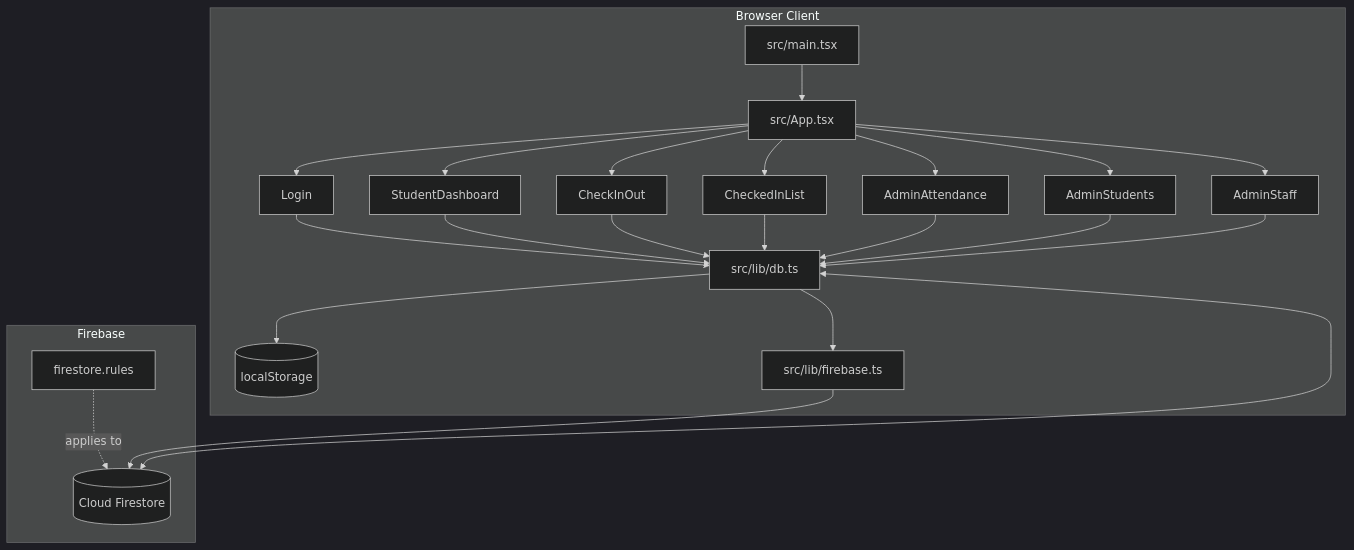
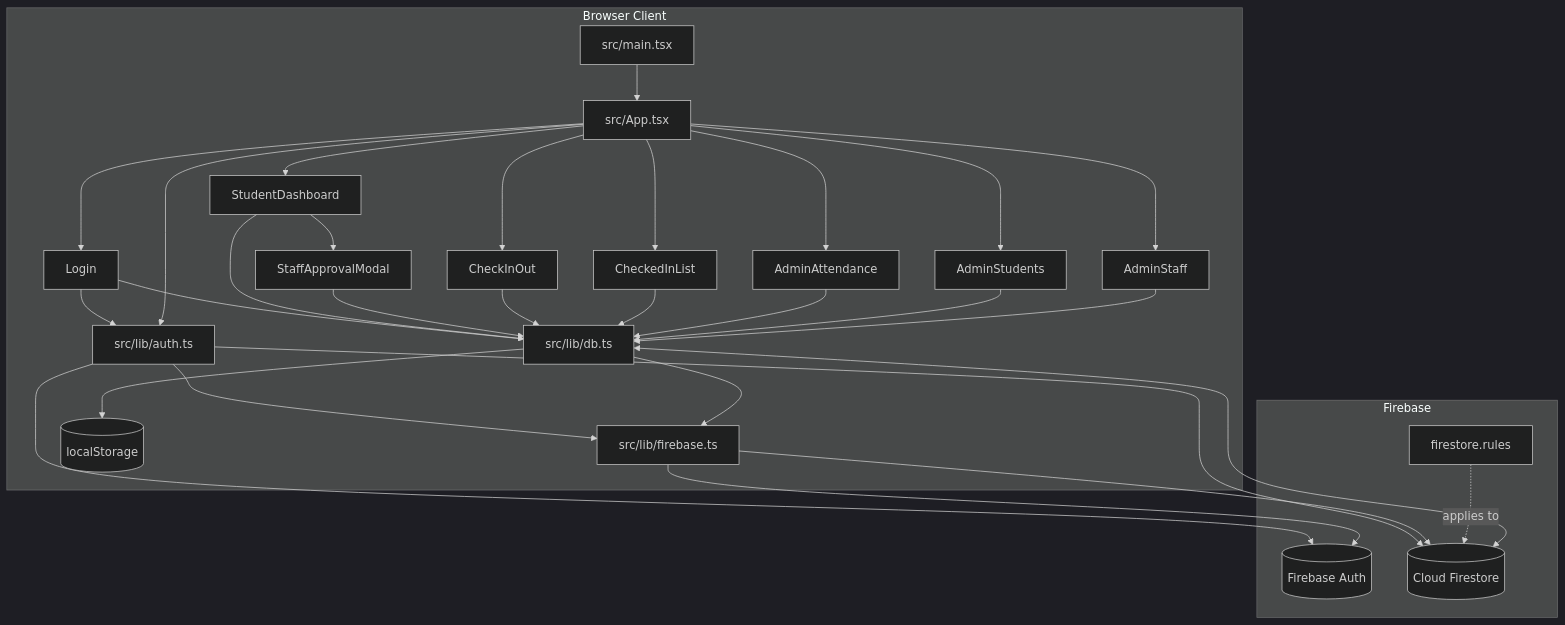
One commit to checkinout82026-cmd/checkin changed the first of 4 diagrams in docs/02-architecture.md. Above: the diagram before and after it, drawn with Mermaid (dark theme). The commit also changed other lines of this file and 9 other files, not shown here.

Commit message:
Integrate Firebase Auth and staff checkout approval

````diff
--- a/docs/02-architecture.md
+++ b/docs/02-architecture.md
@@ -7,45 +7,56 @@
 ```mermaid
 flowchart TB
   subgraph Client[Browser Client]
     Main[src/main.tsx]
     App[src/App.tsx]
     Login[Login]
     StudentDashboard[StudentDashboard]
+    StaffApproval[StaffApprovalModal]
     StaffTerminal[CheckInOut]
     CheckedInList[CheckedInList]
     AdminAttendance[AdminAttendance]
     AdminStudents[AdminStudents]
     AdminStaff[AdminStaff]
     DB[src/lib/db.ts]
+    AuthLib[src/lib/auth.ts]
     FirebaseInit[src/lib/firebase.ts]
     Local[(localStorage)]
   end
 
   subgraph Firebase[Firebase]
+    Auth[(Firebase Auth)]
     Firestore[(Cloud Firestore)]
     Rules[firestore.rules]
   end
 
   Main --> App
   App --> Login
   App --> StudentDashboard
+  StudentDashboard --> StaffApproval
   App --> StaffTerminal
   App --> CheckedInList
   App --> AdminAttendance
   App --> AdminStudents
   App --> AdminStaff
 
+  Login --> AuthLib
   Login --> DB
+  App --> AuthLib
   StudentDashboard --> DB
+  StaffApproval --> DB
   StaffTerminal --> DB
   CheckedInList --> DB
   AdminAttendance --> DB
   AdminStudents --> DB
   AdminStaff --> DB
 
+  AuthLib --> FirebaseInit
+  AuthLib --> Auth
+  AuthLib --> Firestore
   DB --> Local
   DB --> FirebaseInit
+  FirebaseInit --> Auth
   FirebaseInit --> Firestore
   Rules -. applies to .-> Firestore
   DB <--> Firestore
 ```
````
